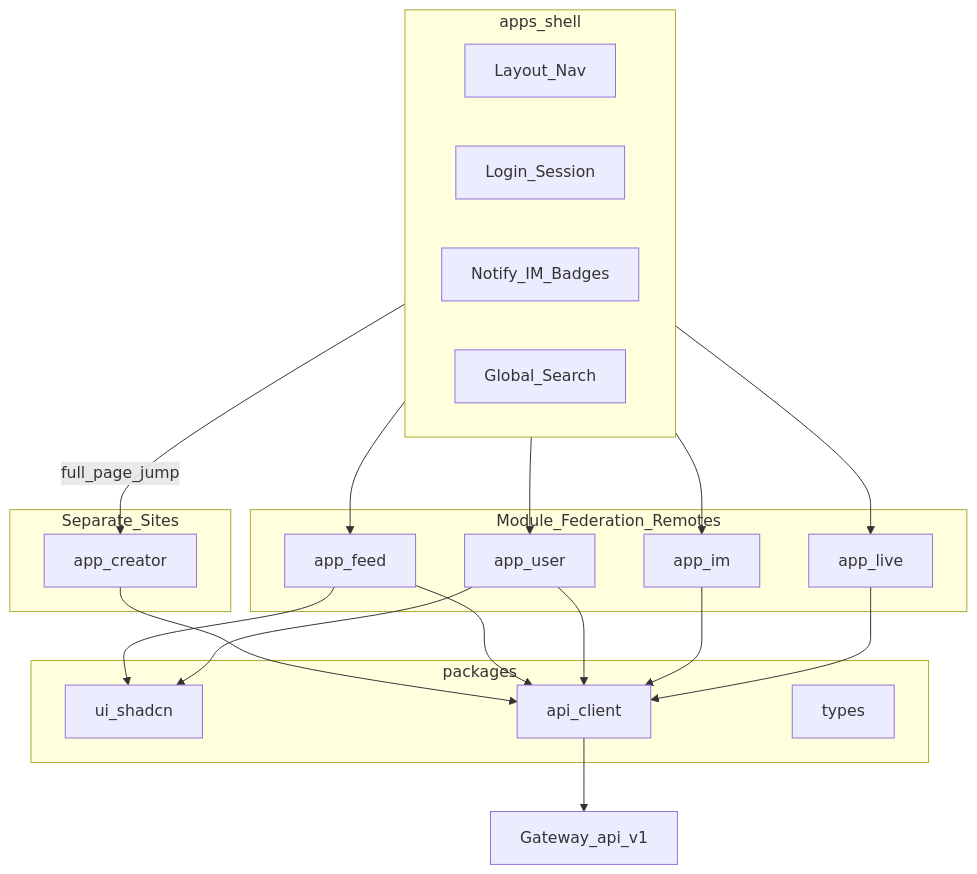
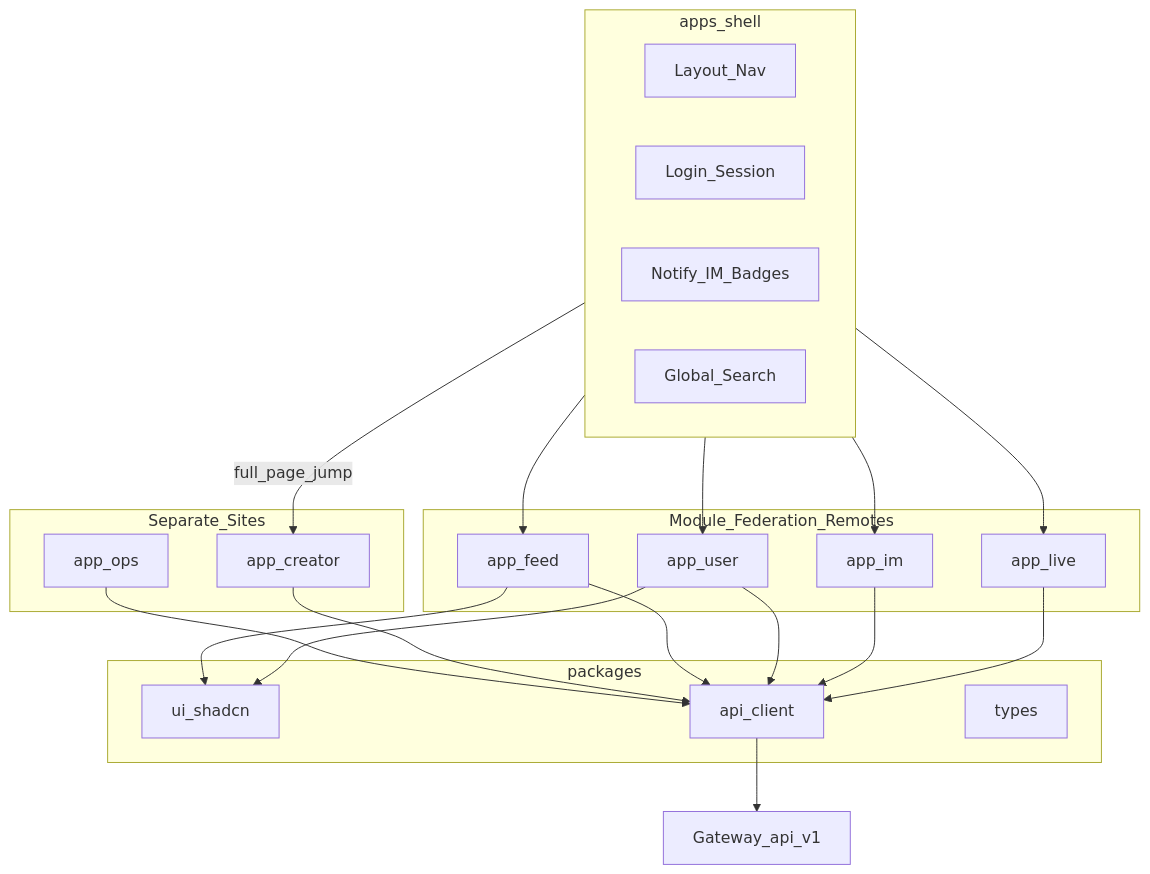
Before and after one commit to Yangleduo00337788/OnePage: the third of 13 diagrams in agi-work-space/src/content/engineering/tech/diagrams.md, drawn with Mermaid. The commit also changed other lines of this file and 75 other files, not shown here.

````diff
--- a/agi-work-space/src/content/engineering/tech/diagrams.md
+++ b/agi-work-space/src/content/engineering/tech/diagrams.md
@@ -100,36 +102,38 @@
 ```mermaid
 flowchart TB
   subgraph shell [apps_shell]
     Layout[Layout_Nav]
     AuthUI[Login_Session]
     Bell[Notify_IM_Badges]
     SearchEntry[Global_Search]
   end
   subgraph sites [Separate_Sites]
     Creator[app_creator]
+    Ops[app_ops]
   end
   subgraph remotes [Module_Federation_Remotes]
     Feed[app_feed]
     UserApp[app_user]
     IM[app_im]
     LiveApp[app_live]
   end
   subgraph packages [packages]
     UI[ui_shadcn]
     API[api_client]
     Types[types]
   end
   shell -->|full_page_jump| Creator
+  Ops --> API
   shell --> Feed
   shell --> UserApp
   shell --> IM
   shell --> LiveApp
   Creator --> API
   Feed --> UI
   Feed --> API
   UserApp --> UI
   UserApp --> API
   IM --> API
   LiveApp --> API
   API --> GW[Gateway_api_v1]
 ```
````
